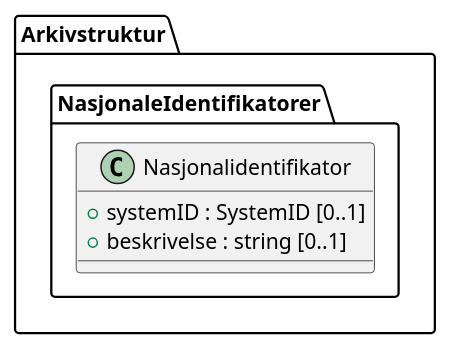
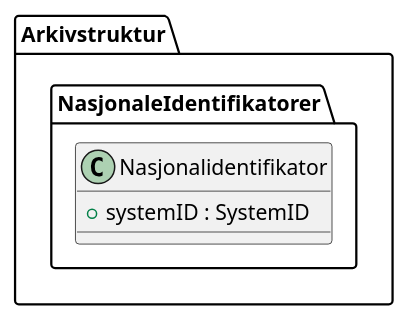
The diagram in kapitler/media/uml-class-nasjonalidentifikator.iuml (arkivverket/noark5-tjenestegrensesnitt-standard), drawn with PlantUML before and after one commit. The commit also changed 14 other files, not shown here.

```diff
--- a/kapitler/media/uml-class-nasjonalidentifikator.iuml
+++ b/kapitler/media/uml-class-nasjonalidentifikator.iuml
@@ -1,6 +1,5 @@
 @startuml
 class Arkivstruktur.NasjonaleIdentifikatorer.Nasjonalidentifikator {
-  +systemID : SystemID [0..1]
-  +beskrivelse : string [0..1]
+  +systemID : SystemID
 }
 @enduml
```
